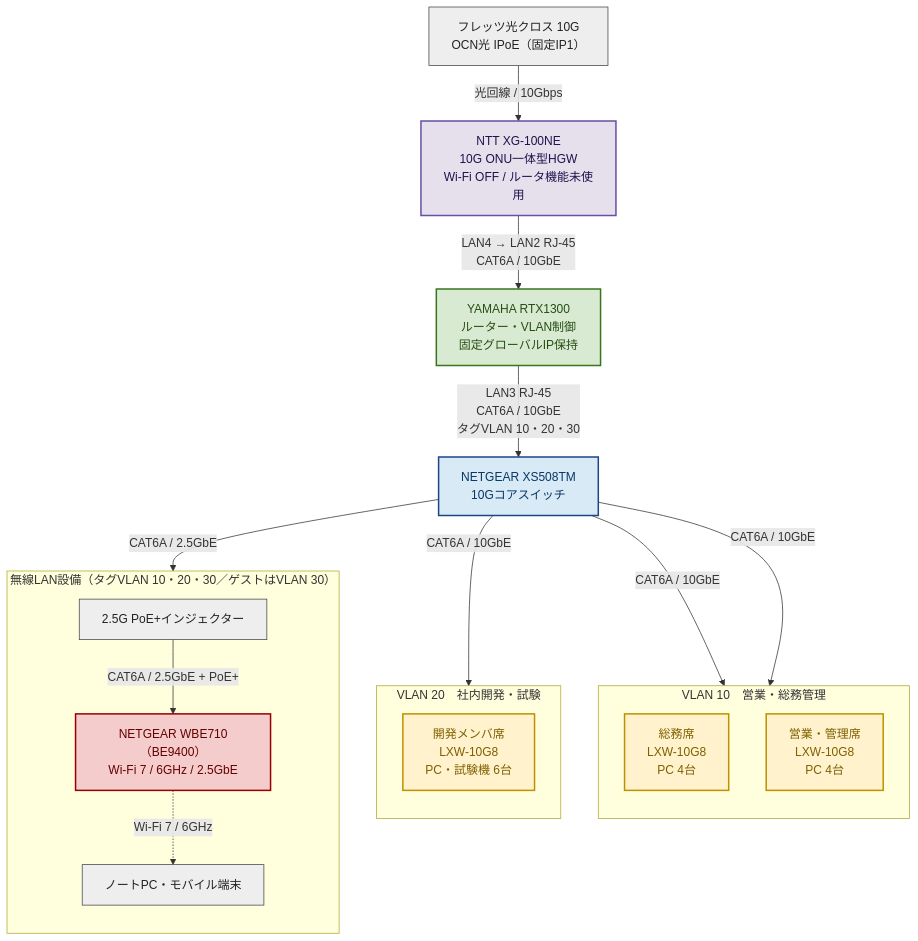
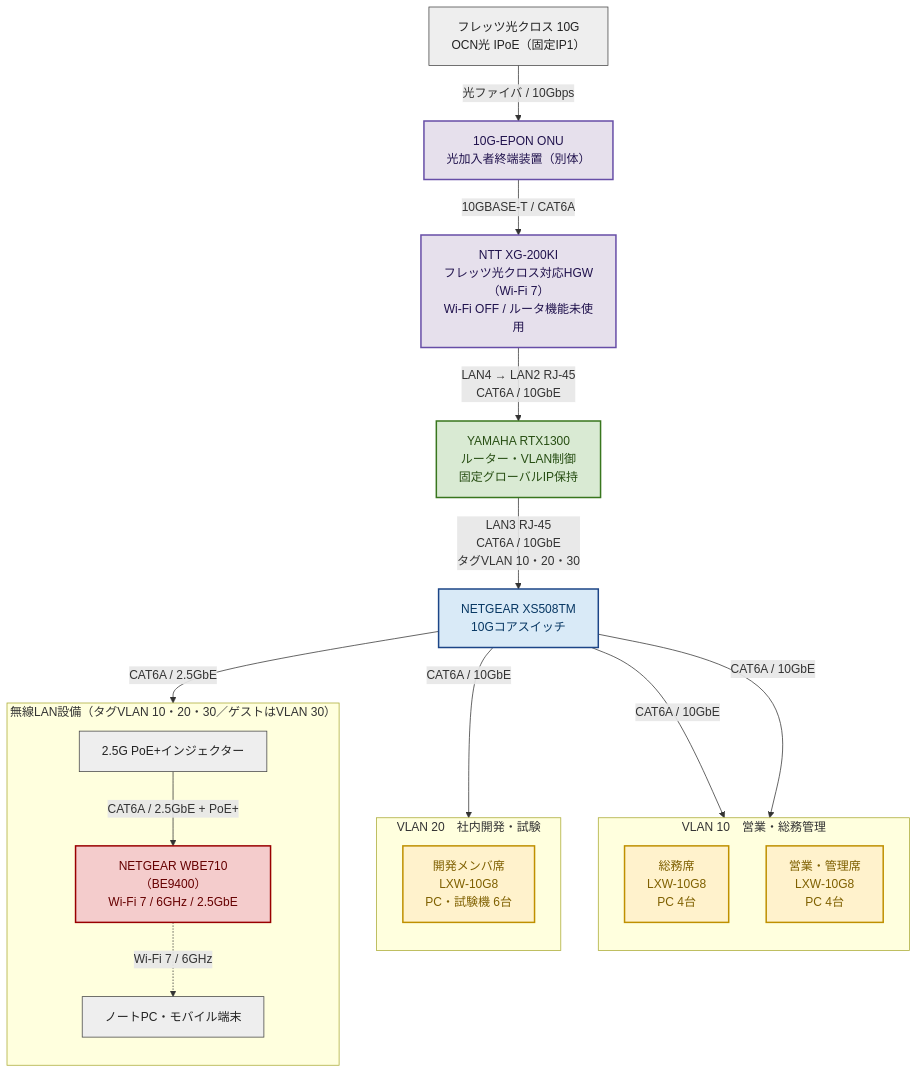
The diagram in 02_Note/社内ネットワーク更改/ネットワーク構築提案書.md (yohira-repo/Obsidian-Vault), drawn with Mermaid before and after one commit. The commit also changed other lines of this file and 22 other files, not shown here.

````diff
--- a/02_Note/社内ネットワーク更改/ネットワーク構築提案書.md
+++ b/02_Note/社内ネットワーク更改/ネットワーク構築提案書.md
@@ -15,43 +15,45 @@
 ```mermaid
 flowchart TB
     classDef router fill:#d9ead3,stroke:#38761d,stroke-width:2px,color:#274e13;
     classDef core fill:#d9eaf7,stroke:#1c4587,stroke-width:2px,color:#073763;
     classDef sw fill:#fff2cc,stroke:#bf9000,stroke-width:2px,color:#7f6000;
     classDef ap fill:#f4cccc,stroke:#990000,stroke-width:2px,color:#660000;
     classDef device fill:#eeeeee,stroke:#444444,stroke-width:1px,color:#222222;
     classDef hgw fill:#e6e0ec,stroke:#674ea7,stroke-width:2px,color:#20124d;
 
     WAN["フレッツ光クロス 10G<br/>OCN光 IPoE（固定IP1）"]:::device
-    HGW["NTT XG-100NE<br/>10G ONU一体型HGW<br/>Wi-Fi OFF / ルータ機能未使用"]:::hgw
+    ONU["10G-EPON ONU<br/>光加入者終端装置（別体）"]:::hgw
+    HGW["NTT XG-200KI<br/>フレッツ光クロス対応HGW（Wi-Fi 7）<br/>Wi-Fi OFF / ルータ機能未使用"]:::hgw
     RTX["YAMAHA RTX1300<br/>ルーター・VLAN制御<br/>固定グローバルIP保持"]:::router
     CORE["NETGEAR XS508TM<br/>10Gコアスイッチ"]:::core
 
-    WAN -- "光回線 / 10Gbps" --> HGW
+    WAN -- "光ファイバ / 10Gbps" --> ONU
+    ONU -- "10GBASE-T / CAT6A" --> HGW
     HGW -- "LAN4 → LAN2 RJ-45<br/>CAT6A / 10GbE" --> RTX
     RTX -- "LAN3 RJ-45<br/>CAT6A / 10GbE<br/>タグVLAN 10・20・30" --> CORE
 
     subgraph V1["VLAN 10　営業・総務管理"]
         direction TB
         SW_GA["総務席<br/>LXW-10G8<br/>PC 4台"]:::sw
         SW_SALES["営業・管理席<br/>LXW-10G8<br/>PC 4台"]:::sw
     end
 
     subgraph V2["VLAN 20　社内開発・試験"]
         direction TB
         SW_DEV["開発メンバ席<br/>LXW-10G8<br/>PC・試験機 6台"]:::sw
     end
 
     subgraph V3["無線LAN設備（タグVLAN 10・20・30／ゲストはVLAN 30）"]
         direction TB
         POE["2.5G PoE+インジェクター"]:::device
         AP["NETGEAR WBE710（BE9400）<br/>Wi-Fi 7 / 6GHz / 2.5GbE"]:::ap
         WIFI["ノートPC・モバイル端末"]:::device
         POE -- "CAT6A / 2.5GbE + PoE+" --> AP
         AP -. "Wi-Fi 7 / 6GHz" .-> WIFI
     end
 
     CORE -- "CAT6A / 10GbE" --> SW_GA
     CORE -- "CAT6A / 10GbE" --> SW_SALES
     CORE -- "CAT6A / 10GbE" --> SW_DEV
     CORE -- "CAT6A / 2.5GbE" --> POE
 ```
````
